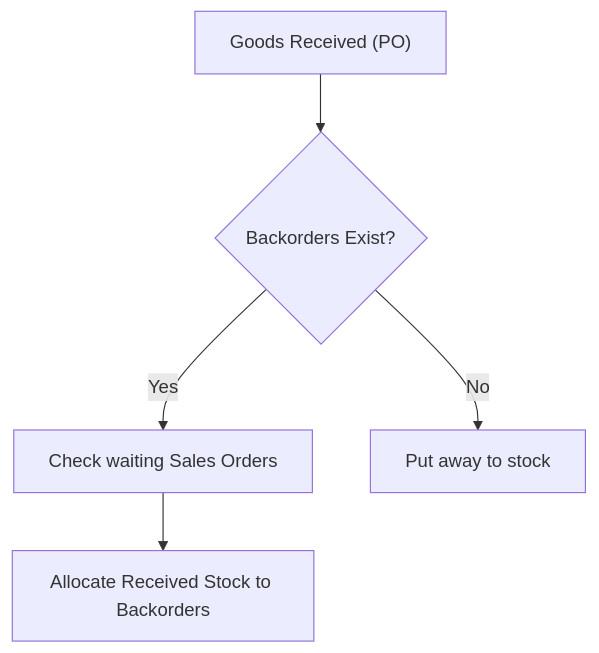
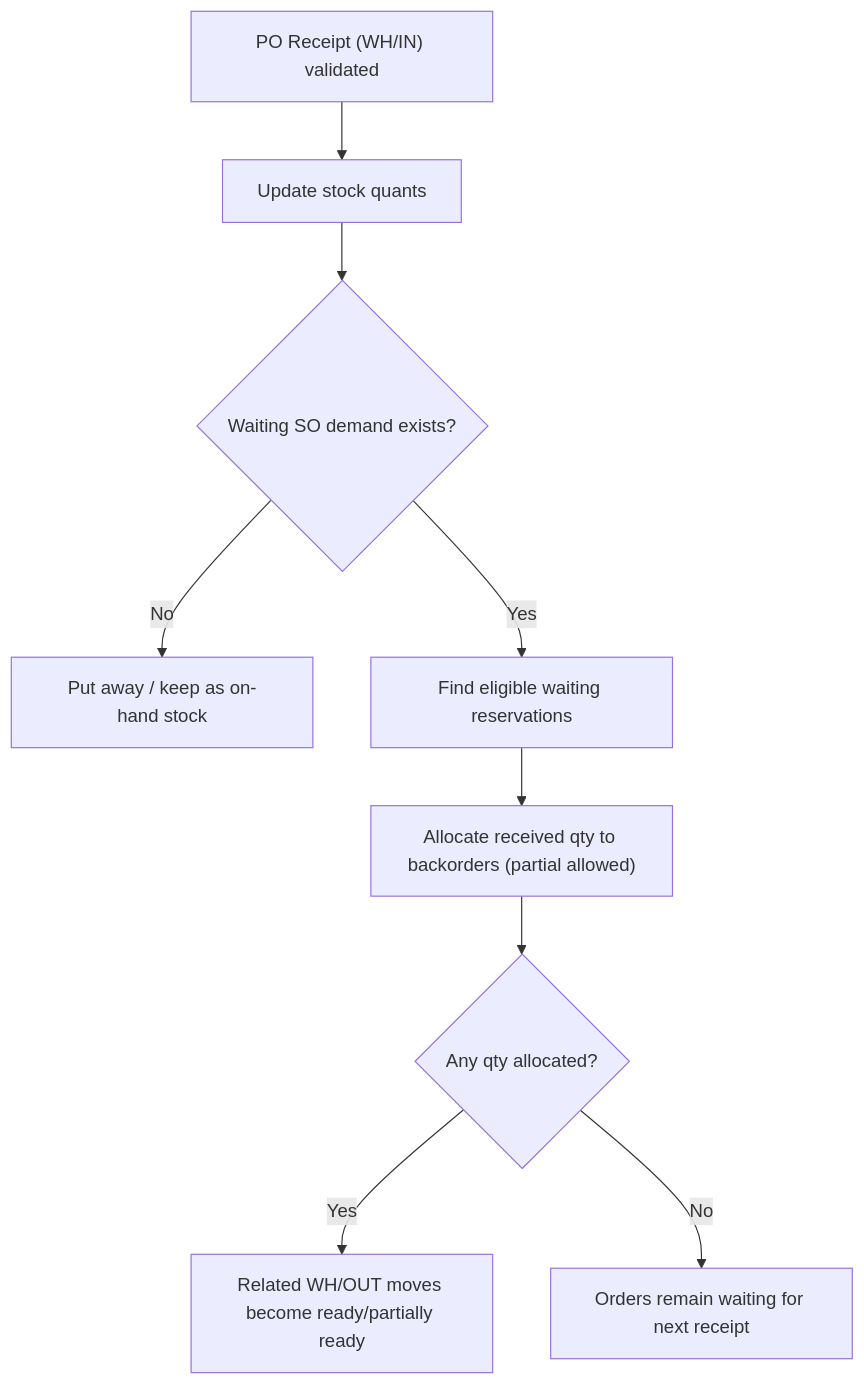
One commit to ozan-droid/documents changed the fourth of 15 diagrams in bp-automations.md. Above: the diagram before and after it, drawn with Mermaid. The commit also changed other lines of this file, not shown here.

````diff
--- a/bp-automations.md
+++ b/bp-automations.md
@@ -84,7 +100,11 @@
 ```mermaid
 graph TD
-    A["Goods Received (PO)"] --> B{"Backorders Exist?"}
-    B -- Yes --> C["Check waiting Sales Orders"]
-    C --> D["Allocate Received Stock to Backorders"]
-    B -- No --> E["Put away to stock"]
+    A["PO Receipt (WH/IN) validated"] --> B["Update stock quants"]
+    B --> C{"Waiting SO demand exists?"}
+    C -- No --> D["Put away / keep as on-hand stock"]
+    C -- Yes --> E["Find eligible waiting reservations"]
+    E --> F["Allocate received qty to backorders (partial allowed)"]
+    F --> G{"Any qty allocated?"}
+    G -- Yes --> H["Related WH/OUT moves become ready/partially ready"]
+    G -- No --> I["Orders remain waiting for next receipt"]
 ```
````
